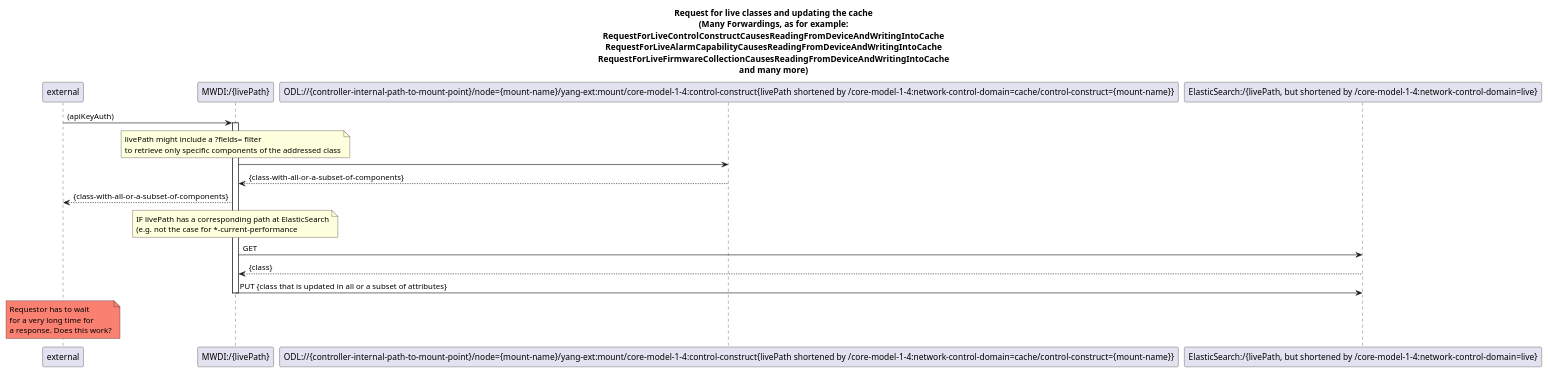
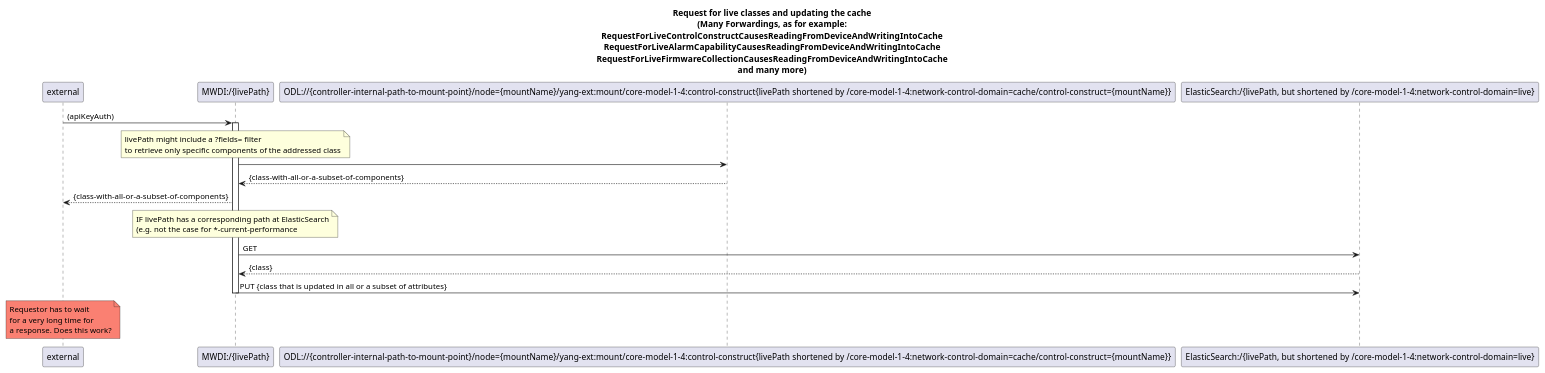
One commit to openBackhaul/MicroWaveDeviceInventory changed the diagram in spec/diagrams/500_LiveRessourcePathWithCacheUpdate.plantuml. Above: the diagram before and after it, drawn with PlantUML. The commit also changed 11 other files, not shown here.

First line of the commit message:
Replace parameter mount-name by mountName

```diff
--- a/spec/diagrams/500_LiveRessourcePathWithCacheUpdate.plantuml
+++ b/spec/diagrams/500_LiveRessourcePathWithCacheUpdate.plantuml
@@ -1,48 +1,48 @@
 @startuml 500_LiveRessourcePathWithCacheUpdate
 skinparam responseMessageBelowArrow true
 
 title 
 Request for live classes and updating the cache
 (Many Forwardings, as for example:
 RequestForLiveControlConstructCausesReadingFromDeviceAndWritingIntoCache
 RequestForLiveAlarmCapabilityCausesReadingFromDeviceAndWritingIntoCache
 RequestForLiveFirmwareCollectionCausesReadingFromDeviceAndWritingIntoCache
 and many more)
 end title
 
 
 participant "external" as requestor
 participant "MWDI:/{livePath}" as LiveControlConstructClass
-participant "ODL://{controller-internal-path-to-mount-point}/node={mount-name}/yang-ext:mount/core-model-1-4:control-construct{livePath shortened by /core-model-1-4:network-control-domain=cache/control-construct={mount-name}}" as OdlControlConstructClass
+participant "ODL://{controller-internal-path-to-mount-point}/node={mountName}/yang-ext:mount/core-model-1-4:control-construct{livePath shortened by /core-model-1-4:network-control-domain=cache/control-construct={mountName}}" as OdlControlConstructClass
 participant "ElasticSearch:/{livePath, but shortened by /core-model-1-4:network-control-domain=live}" as EsControlConstructClass
 
 
 
 requestor -> LiveControlConstructClass: (apiKeyAuth)
 activate LiveControlConstructClass
 
 note over LiveControlConstructClass
 livePath might include a ?fields= filter 
 to retrieve only specific components of the addressed class
 end note
 LiveControlConstructClass -> OdlControlConstructClass
 OdlControlConstructClass --> LiveControlConstructClass: {class-with-all-or-a-subset-of-components}
 
 LiveControlConstructClass --> requestor: {class-with-all-or-a-subset-of-components}
 
 note over LiveControlConstructClass
 IF livePath has a corresponding path at ElasticSearch
 (e.g. not the case for *-current-performance
 end note
 LiveControlConstructClass -> EsControlConstructClass: GET
 EsControlConstructClass --> LiveControlConstructClass: {class}
 
 LiveControlConstructClass -> EsControlConstructClass: PUT {class that is updated in all or a subset of attributes}
 
 deactivate LiveControlConstructClass
 
 skinparam NoteBackgroundColor salmon
 note over requestor: Requestor has to wait \nfor a very long time for \na response. Does this work?
 skinparam NoteBackgroundColor default
 
 @enduml
```
